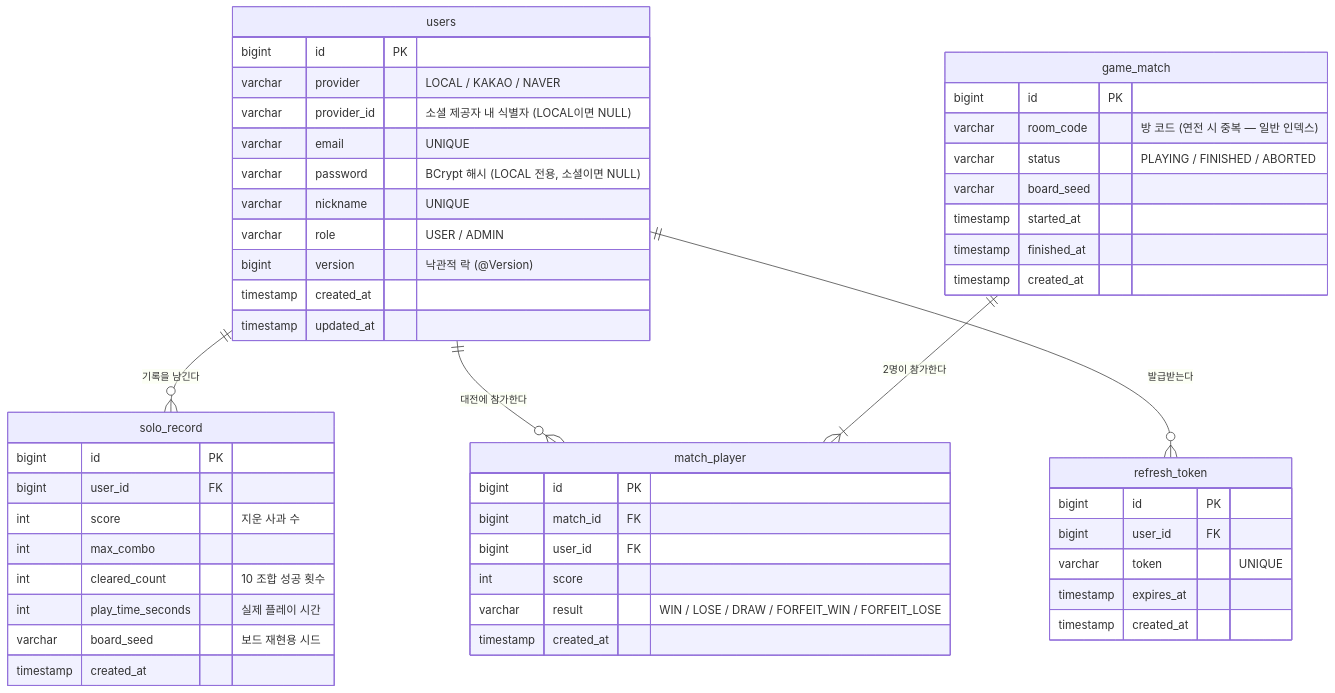
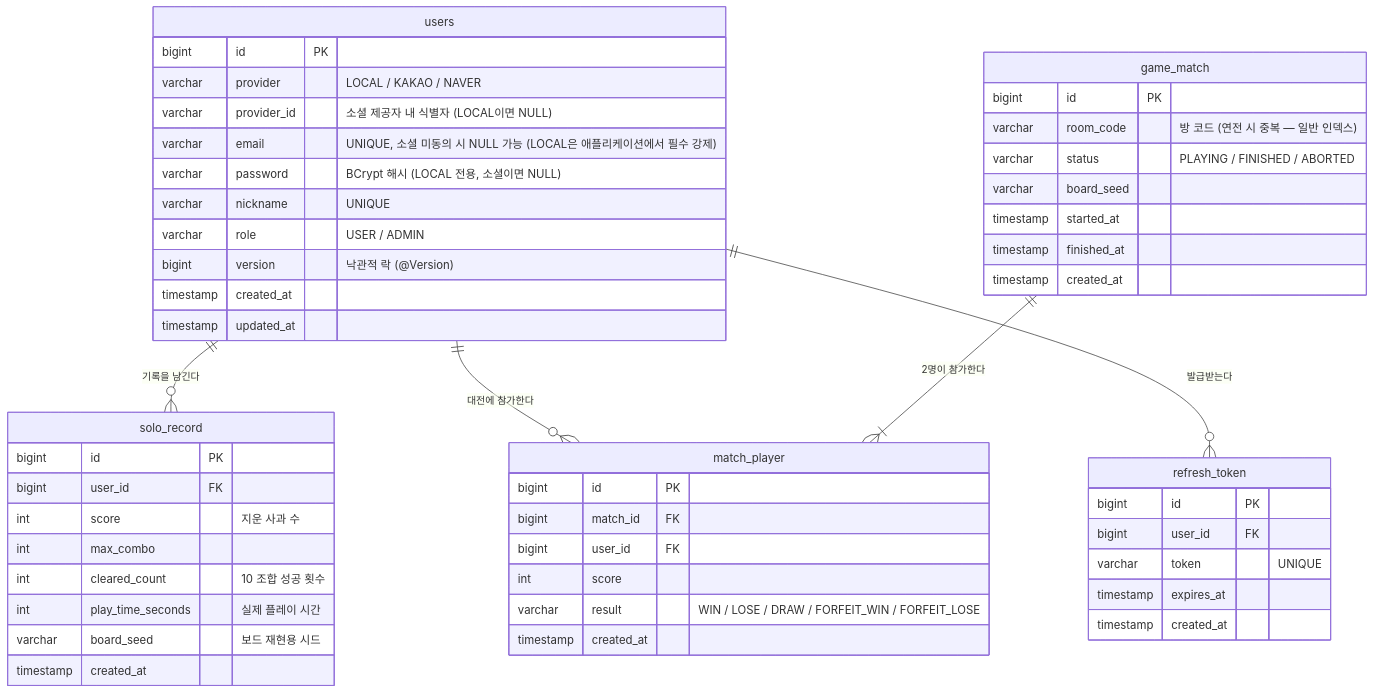
Before and after one commit to weeast1521/MyAppleGame: the diagram in docs/ERD.md, drawn with Mermaid. The commit also changed 8 other files, not shown here.

````diff
--- a/docs/ERD.md
+++ b/docs/ERD.md
@@ -13,59 +13,59 @@
 ```mermaid
 erDiagram
     users ||--o{ solo_record : "기록을 남긴다"
     users ||--o{ match_player : "대전에 참가한다"
     game_match ||--|{ match_player : "2명이 참가한다"
 
     users {
         bigint id PK
         varchar provider "LOCAL / KAKAO / NAVER"
         varchar provider_id "소셜 제공자 내 식별자 (LOCAL이면 NULL)"
-        varchar email "UNIQUE"
+        varchar email "UNIQUE, 소셜 미동의 시 NULL 가능 (LOCAL은 애플리케이션에서 필수 강제)"
         varchar password "BCrypt 해시 (LOCAL 전용, 소셜이면 NULL)"
         varchar nickname "UNIQUE"
         varchar role "USER / ADMIN"
         bigint version "낙관적 락 (@Version)"
         timestamp created_at
         timestamp updated_at
     }
 
     refresh_token {
         bigint id PK
         bigint user_id FK
         varchar token "UNIQUE"
         timestamp expires_at
         timestamp created_at
     }
 
     users ||--o{ refresh_token : "발급받는다"
 
     solo_record {
         bigint id PK
         bigint user_id FK
         int score "지운 사과 수"
         int max_combo
         int cleared_count "10 조합 성공 횟수"
         int play_time_seconds "실제 플레이 시간"
         varchar board_seed "보드 재현용 시드"
         timestamp created_at
     }
 
     game_match {
         bigint id PK
         varchar room_code "방 코드 (연전 시 중복 — 일반 인덱스)"
         varchar status "PLAYING / FINISHED / ABORTED"
         varchar board_seed
         timestamp started_at
         timestamp finished_at
         timestamp created_at
     }
 
     match_player {
         bigint id PK
         bigint match_id FK
         bigint user_id FK
         int score
         varchar result "WIN / LOSE / DRAW / FORFEIT_WIN / FORFEIT_LOSE"
         timestamp created_at
     }
 ```
````
